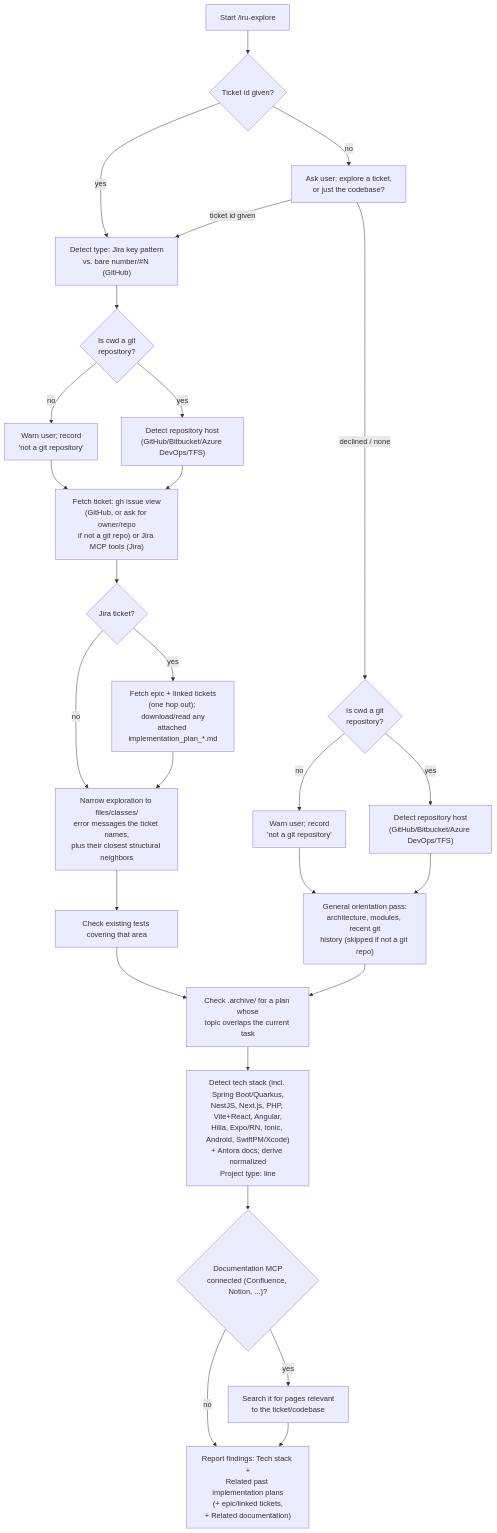
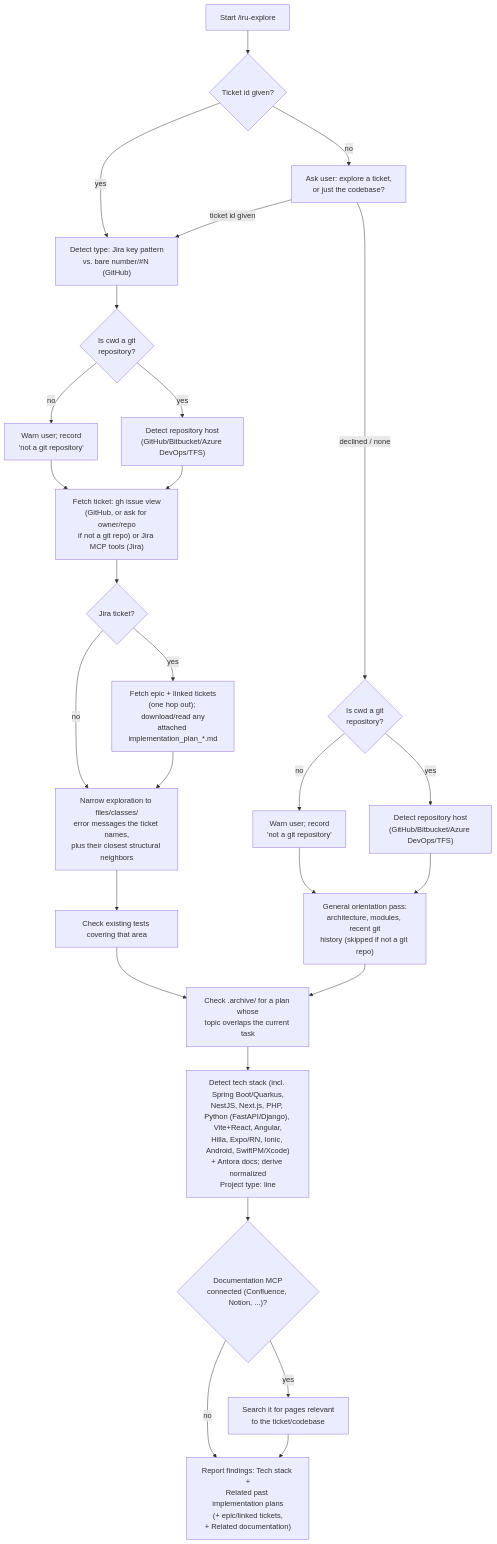
Before and after one commit to albertoirurueta/ai-catalog: the diagram in docs/modules/ROOT/pages/skills/iru-explore.adoc, drawn with Mermaid. The commit also changed other lines of this file and 91 other files, not shown here.

First line of the commit message:
Add Python support for FastAPI and Django (#21)

```diff
--- a/docs/modules/ROOT/pages/skills/iru-explore.adoc
+++ b/docs/modules/ROOT/pages/skills/iru-explore.adoc
@@ -187,30 +196,30 @@
 [mermaid]
 ....
 flowchart TD
     A[Start /iru-explore] --> B{Ticket id given?}
     B -- yes --> C["Detect type: Jira key pattern\nvs. bare number/#N (GitHub)"]
     B -- no --> D["Ask user: explore a ticket,\nor just the codebase?"]
     D -- ticket id given --> C
     D -- declined / none --> E0{Is cwd a git\nrepository?}
     C --> F0{Is cwd a git\nrepository?}
     F0 -- no --> F1["Warn user; record\n'not a git repository'"]
     F0 -- yes --> F["Detect repository host\n(GitHub/Bitbucket/Azure DevOps/TFS)"]
     F1 --> G
     F --> G["Fetch ticket: gh issue view\n(GitHub, or ask for owner/repo\nif not a git repo) or Jira MCP tools (Jira)"]
     G --> G1{Jira ticket?}
     G1 -- yes --> G2["Fetch epic + linked tickets\n(one hop out); download/read any\nattached implementation_plan_*.md"]
     G1 -- no --> H
     G2 --> H["Narrow exploration to files/classes/\nerror messages the ticket names,\nplus their closest structural neighbors"]
     H --> I["Check existing tests covering that area"]
     E0 -- no --> F1B["Warn user; record\n'not a git repository'"]
     E0 -- yes --> E["Detect repository host\n(GitHub/Bitbucket/Azure DevOps/TFS)"]
     F1B --> J
     E --> J["General orientation pass:\narchitecture, modules, recent git\nhistory (skipped if not a git repo)"]
     I --> O["Check .archive/ for a plan whose\ntopic overlaps the current task"]
     J --> O
-    O --> K["Detect tech stack (incl. Spring Boot/Quarkus,\nNestJS, Next.js, PHP, Vite+React, Angular,\nHilla, Expo/RN, Ionic, Android, SwiftPM/Xcode)\n+ Antora docs; derive normalized\nProject type: line"]
+    O --> K["Detect tech stack (incl. Spring Boot/Quarkus,\nNestJS, Next.js, PHP, Python (FastAPI/Django), Vite+React, Angular,\nHilla, Expo/RN, Ionic, Android, SwiftPM/Xcode)\n+ Antora docs; derive normalized\nProject type: line"]
     K --> M{"Documentation MCP\nconnected (Confluence, Notion, ...)?"}
     M -- yes --> N["Search it for pages relevant\nto the ticket/codebase"]
     M -- no --> L["Report findings: Tech stack +\nRelated past implementation plans\n(+ epic/linked tickets,\n+ Related documentation)"]
     N --> L
 ....
```
